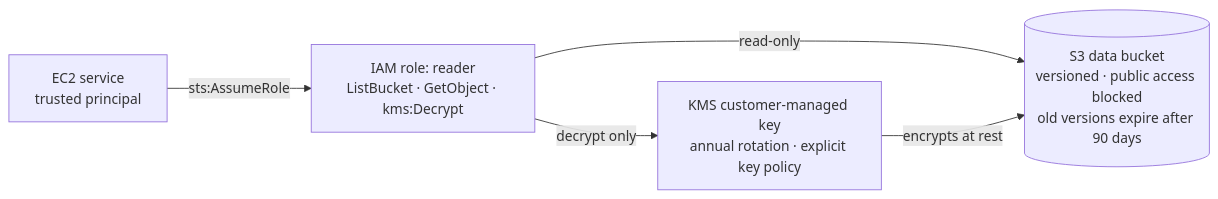
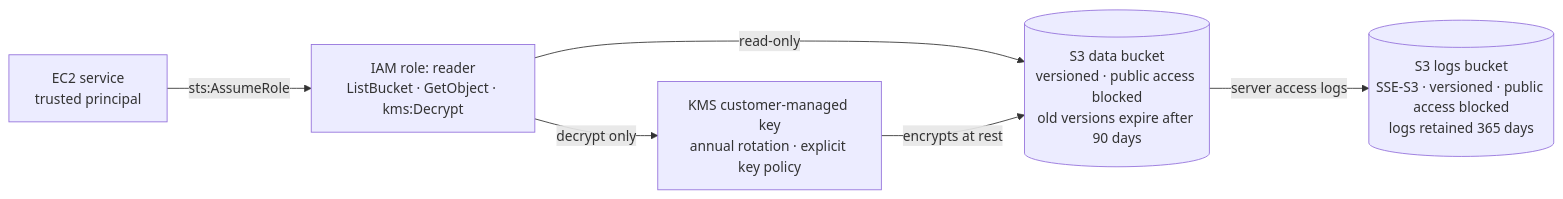
Before and after one commit to AlistairCrowley/aws-secure-iac-pipeline: the diagram in README.md, drawn with Mermaid. The commit also changed other lines of this file, not shown here.

````diff
--- a/README.md
+++ b/README.md
@@ -13,7 +13,8 @@
 ```mermaid
 flowchart LR
     EC2["EC2 service<br/>trusted principal"] -->|sts:AssumeRole| Role["IAM role: reader<br/>ListBucket · GetObject · kms:Decrypt"]
     Role -->|read-only| Data[("S3 data bucket<br/>versioned · public access blocked<br/>old versions expire after 90 days")]
     Role -->|decrypt only| Key["KMS customer-managed key<br/>annual rotation · explicit key policy"]
     Key -->|encrypts at rest| Data
+    Data -->|server access logs| Logs[("S3 logs bucket<br/>SSE-S3 · versioned · public access blocked<br/>logs retained 365 days")]
 ```
````
